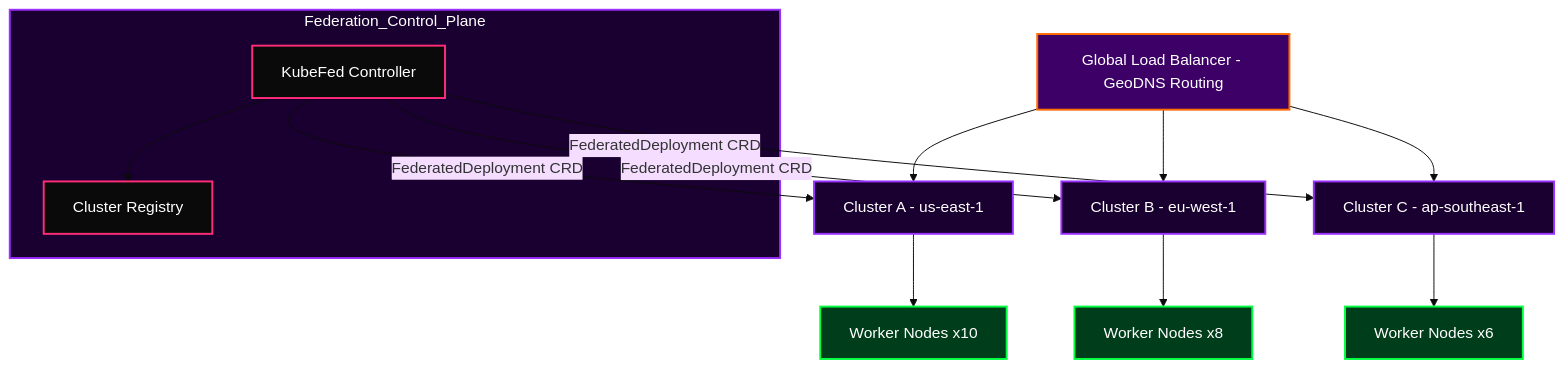
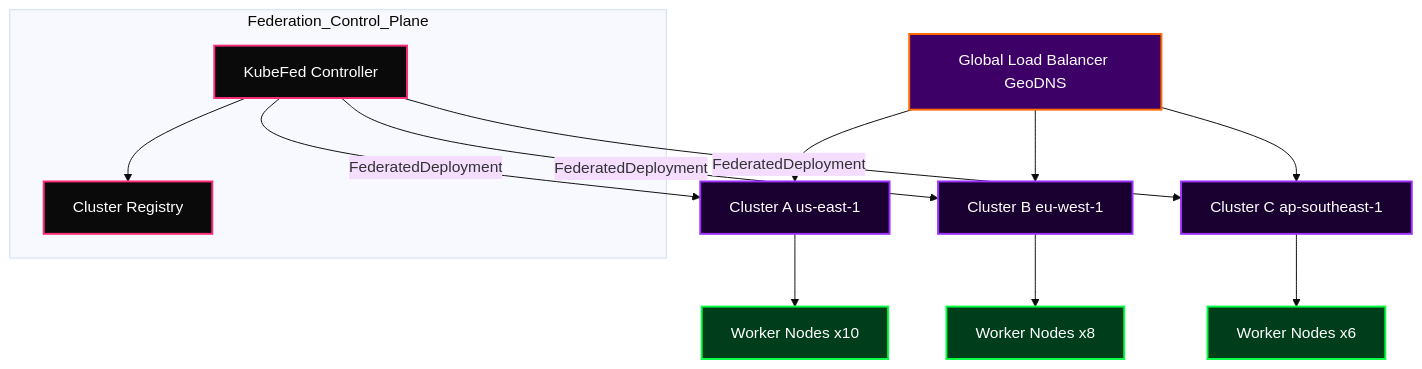
One commit to NewNexus001/newnexus001 changed the ninth of 25 diagrams in README.md. Above: the diagram before and after it, drawn with Mermaid (base theme). The commit also changed other lines of this file, not shown here.

````diff
--- a/README.md
+++ b/README.md
@@ -341,24 +308,22 @@
 ```mermaid
 graph TD
     classDef fed fill:#0a0a0a,stroke:#FF2D78,stroke-width:2px,color:#fff
-    classDef cluster fill:#1a0030,stroke:#9B30FF,stroke-width:2px,color:#fff
-    classDef node fill:#003d1a,stroke:#00FF41,stroke-width:2px,color:#fff
+    classDef clu fill:#1a0030,stroke:#9B30FF,stroke-width:2px,color:#fff
+    classDef nod fill:#003d1a,stroke:#00FF41,stroke-width:2px,color:#fff
     classDef lb fill:#3d0066,stroke:#FF6B00,stroke-width:2px,color:#fff
 
-    GLB["Global Load Balancer - GeoDNS Routing"]:::lb --> CA["Cluster A - us-east-1"]:::cluster
-    GLB --> CB["Cluster B - eu-west-1"]:::cluster
-    GLB --> CC["Cluster C - ap-southeast-1"]:::cluster
-
+    GLB["Global Load Balancer GeoDNS"]:::lb --> CA["Cluster A us-east-1"]:::clu
+    GLB --> CB["Cluster B eu-west-1"]:::clu
+    GLB --> CC["Cluster C ap-southeast-1"]:::clu
     subgraph Federation_Control_Plane
         KF["KubeFed Controller"]:::fed
         CR["Cluster Registry"]:::fed
         KF --> CR
     end
-
-    KF -->|FederatedDeployment CRD| CA
-    KF -->|FederatedDeployment CRD| CB
-    KF -->|FederatedDeployment CRD| CC
-    CA --> NA["Worker Nodes x10"]:::node
-    CB --> NB["Worker Nodes x8"]:::node
-    CC --> NC["Worker Nodes x6"]:::node
+    KF -->|FederatedDeployment| CA
+    KF -->|FederatedDeployment| CB
+    KF -->|FederatedDeployment| CC
+    CA --> NA["Worker Nodes x10"]:::nod
+    CB --> NB["Worker Nodes x8"]:::nod
+    CC --> NC["Worker Nodes x6"]:::nod
 ```
````
